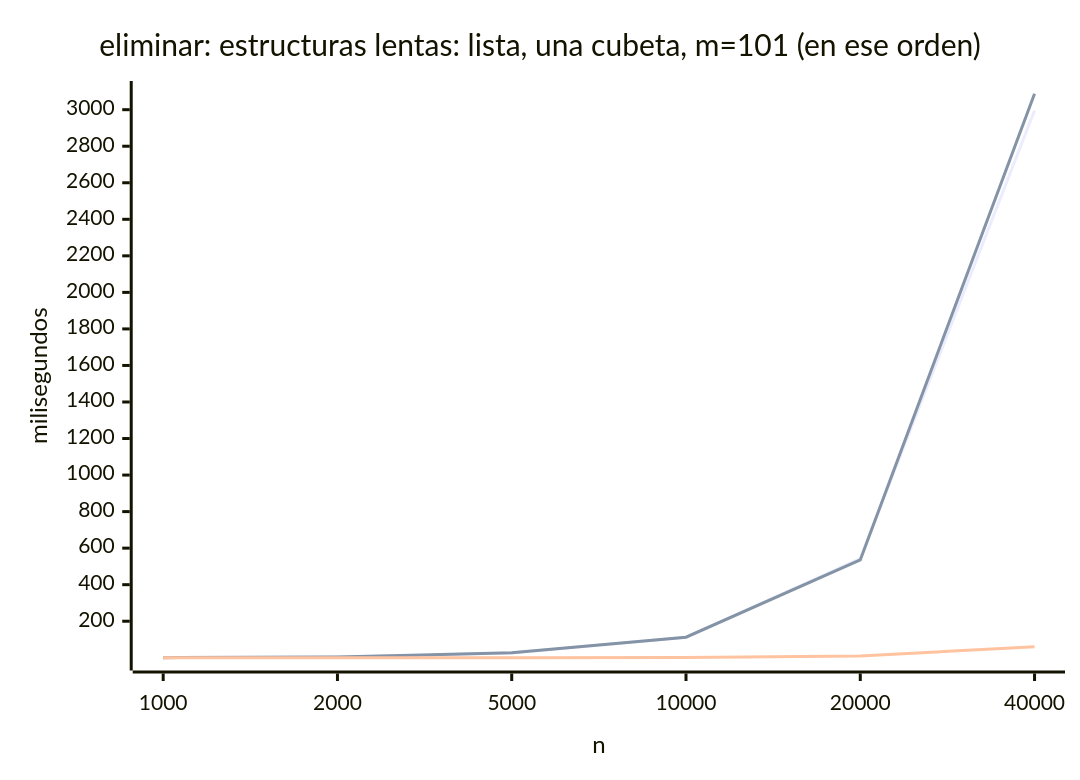
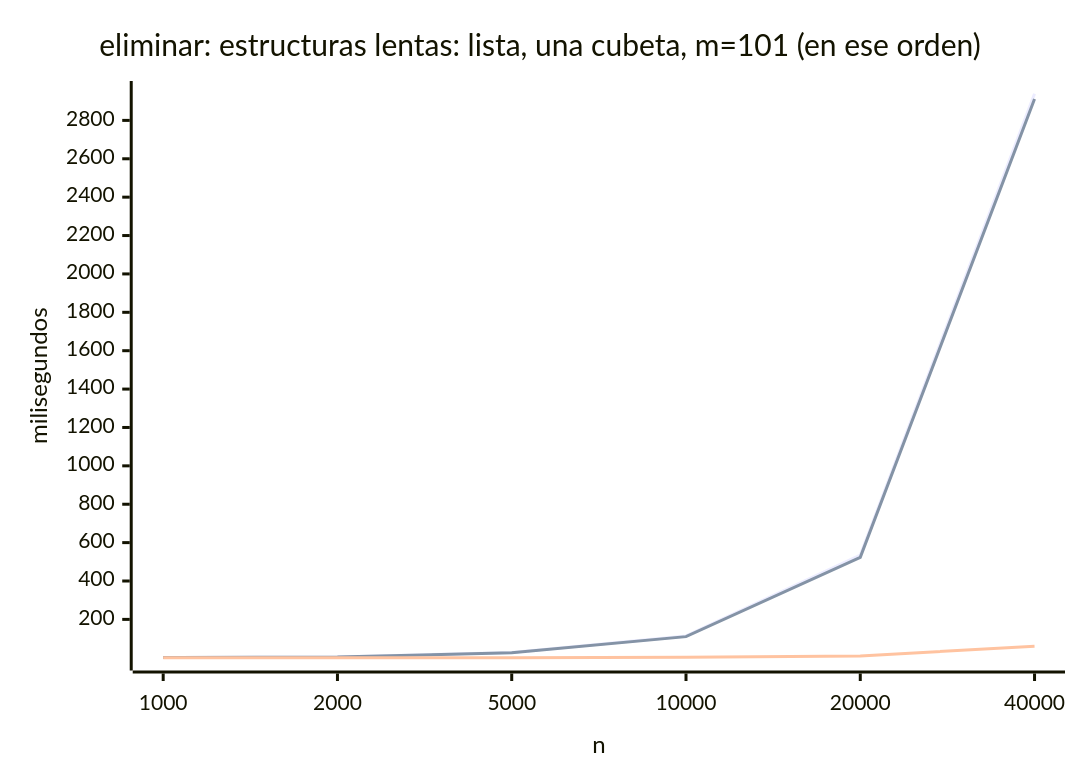
The third of 4 diagrams in docs/informe-final.md (JuanManuelParedes/estr-2026-2-proyecto), drawn with Mermaid before and after one commit. The commit also changed other lines of this file and 4 other files, not shown here.

````diff
--- a/docs/informe-final.md
+++ b/docs/informe-final.md
@@ -526,9 +529,9 @@
 ```mermaid
 xychart-beta
   title "eliminar: estructuras lentas: lista, una cubeta, m=101 (en ese orden)"
   x-axis "n" [1000, 2000, 5000, 10000, 20000, 40000]
   y-axis "milisegundos"
-  line [0.719, 3.898, 26.636, 112.153, 542.659, 2995.803]
-  line [0.714, 3.712, 27.364, 112.320, 535.382, 3087.214]
-  line [0.070, 0.154, 0.572, 2.106, 10.000, 60.681]
+  line [0.989, 3.837, 27.695, 113.909, 534.838, 2938.821]
+  line [0.998, 3.678, 26.511, 110.140, 523.662, 2911.146]
+  line [0.111, 0.192, 0.682, 2.197, 9.809, 59.834]
 ```
````
